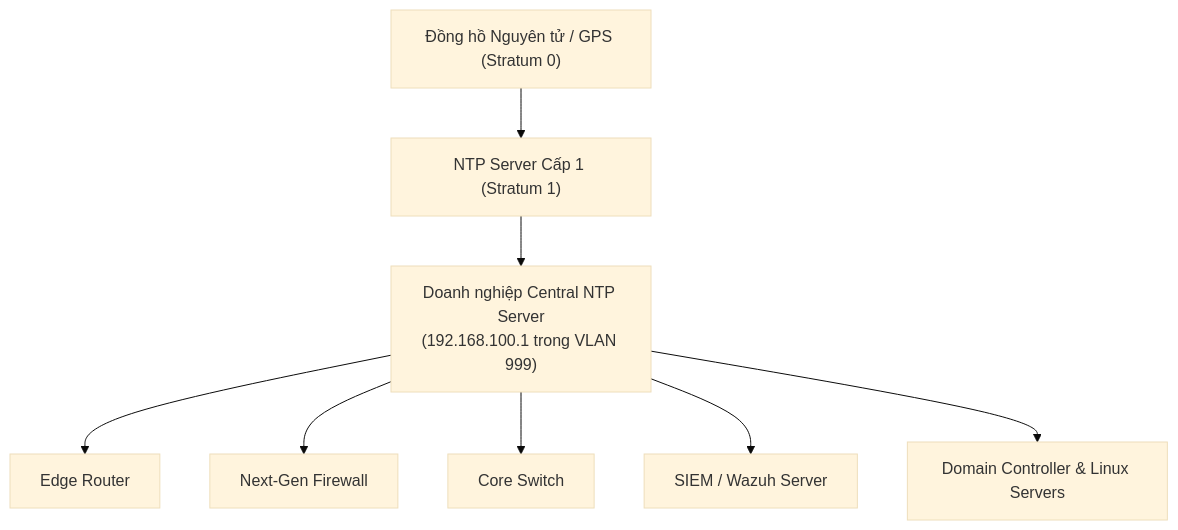
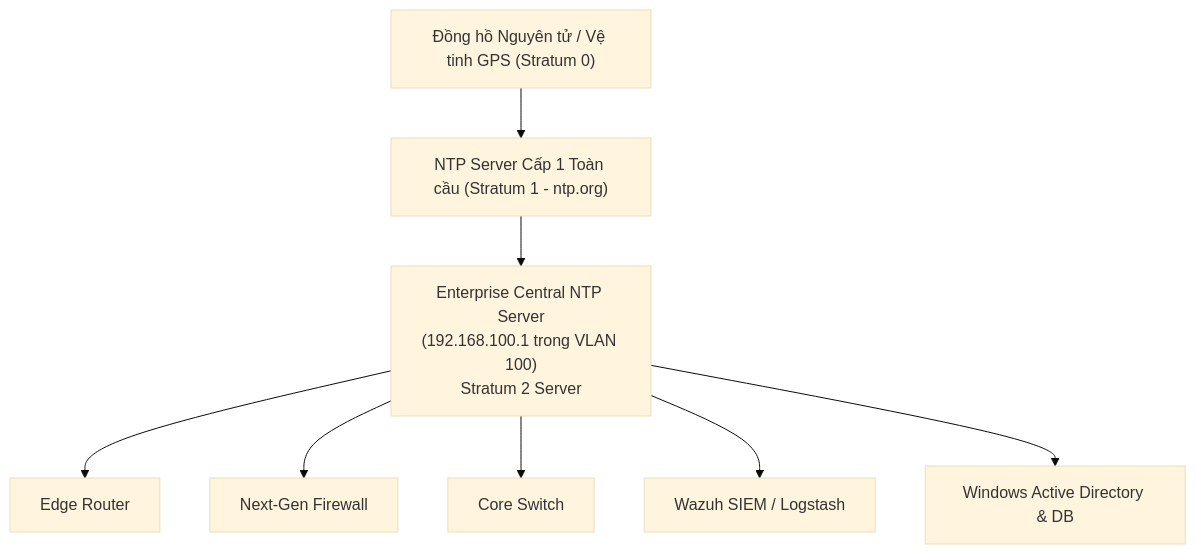
One commit to anhxuan2712/enterprise-network-security-monitoring changed the second of 2 diagrams in 04_Core_Network_Services.md. Above: the diagram before and after it, drawn with Mermaid (base theme). The commit also changed other lines of this file and 7 other files, not shown here.

````diff
--- a/04_Core_Network_Services.md
+++ b/04_Core_Network_Services.md
@@ -103,10 +128,11 @@
 ```mermaid
 flowchart TD
-    Stratum0["Đồng hồ Nguyên tử / GPS (Stratum 0)"] --> Stratum1["NTP Server Cấp 1 (Stratum 1)"]
-    Stratum1 --> Stratum2["Doanh nghiệp Central NTP Server\n(192.168.100.1 trong VLAN 999)"]
-    Stratum2 --> Dev1["Edge Router"]
-    Stratum2 --> Dev2["Next-Gen Firewall"]
-    Stratum2 --> Dev3["Core Switch"]
-    Stratum2 --> Dev4["SIEM / Wazuh Server"]
-    Stratum2 --> Dev5["Domain Controller & Linux Servers"]
+    S0["Đồng hồ Nguyên tử / Vệ tinh GPS (Stratum 0)"] --> S1["NTP Server Cấp 1 Toàn cầu (Stratum 1 - ntp.org)"]
+    S1 --> S2["Enterprise Central NTP Server\n(192.168.100.1 trong VLAN 100)\nStratum 2 Server"]
+    
+    S2 --> D1["Edge Router"]
+    S2 --> D2["Next-Gen Firewall"]
+    S2 --> D3["Core Switch"]
+    S2 --> D4["Wazuh SIEM / Logstash"]
+    S2 --> D5["Windows Active Directory & DB"]
 ```
````
